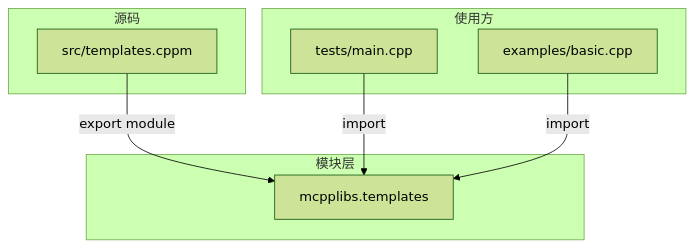
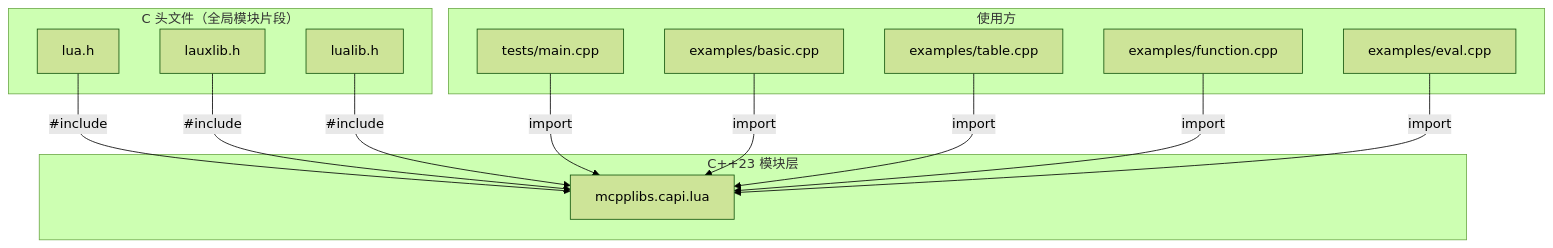
One commit to mcpplibs/lua changed the first of 2 diagrams in docs/architecture.md. Above: the diagram before and after it, drawn with Mermaid (forest theme). The commit also changed other lines of this file and 19 other files, not shown here.

First line of the commit message:
feat: implement mcpplibs.capi.lua — C++23 module binding for Lua C API

````diff
--- a/docs/architecture.md
+++ b/docs/architecture.md
@@ -38,19 +45,29 @@
 ```mermaid
 graph TD
-    subgraph moduleLayer [模块层]
-        M["mcpplibs.templates"]
+    subgraph cHeaders [C 头文件（全局模块片段）]
+        H1["lua.h"]
+        H2["lauxlib.h"]
+        H3["lualib.h"]
     end
 
-    subgraph srcLayer [源码]
-        S["src/templates.cppm"]
+    subgraph moduleLayer [C++23 模块层]
+        M["mcpplibs.capi.lua"]
     end
 
     subgraph consumerLayer [使用方]
         T["tests/main.cpp"]
-        E["examples/basic.cpp"]
+        E1["examples/basic.cpp"]
+        E2["examples/table.cpp"]
+        E3["examples/function.cpp"]
+        E4["examples/eval.cpp"]
     end
 
-    S -->|"export module"| M
+    H1 -->|"#include"| M
+    H2 -->|"#include"| M
+    H3 -->|"#include"| M
     T -->|"import"| M
-    E -->|"import"| M
+    E1 -->|"import"| M
+    E2 -->|"import"| M
+    E3 -->|"import"| M
+    E4 -->|"import"| M
 ```
````
